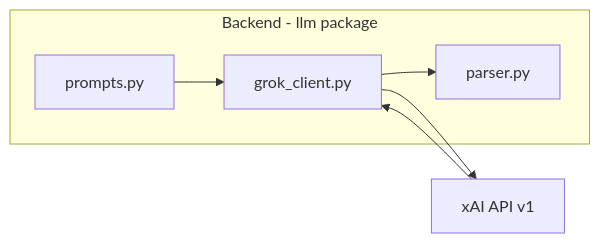
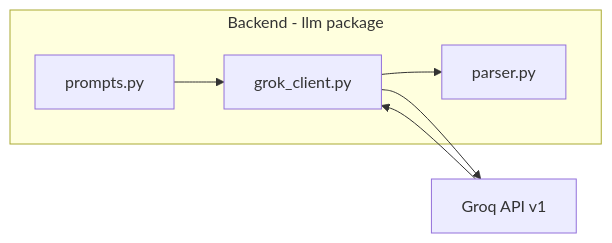
The fifth of 8 diagrams in docs/Architecture.md (ShashankDvd1/AI-Powered-Restaurant-Recommendation-System), drawn with Mermaid before and after one commit. The commit also changed other lines of this file and 32 other files, not shown here.

````diff
--- a/docs/Architecture.md
+++ b/docs/Architecture.md
@@ -313,14 +319,14 @@
 ```mermaid
 flowchart LR
     subgraph backend [Backend - llm package]
         PRM[prompts.py]
         GRK[grok_client.py]
         PAR[parser.py]
     end
-    XAI[xAI API v1]
+    GROQ[Groq API v1]
 
     PRM --> GRK
-    GRK --> XAI
-    XAI --> GRK
+    GRK --> GROQ
+    GROQ --> GRK
     GRK --> PAR
 ```
````
